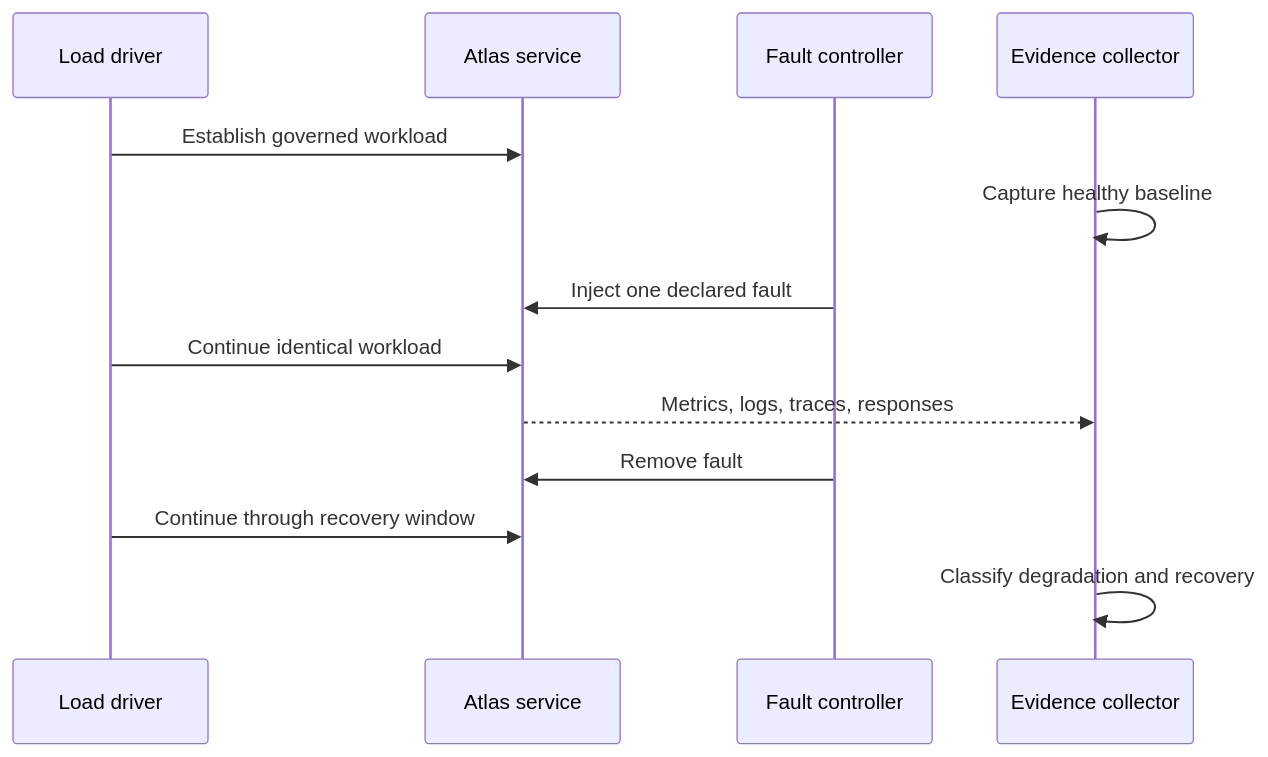
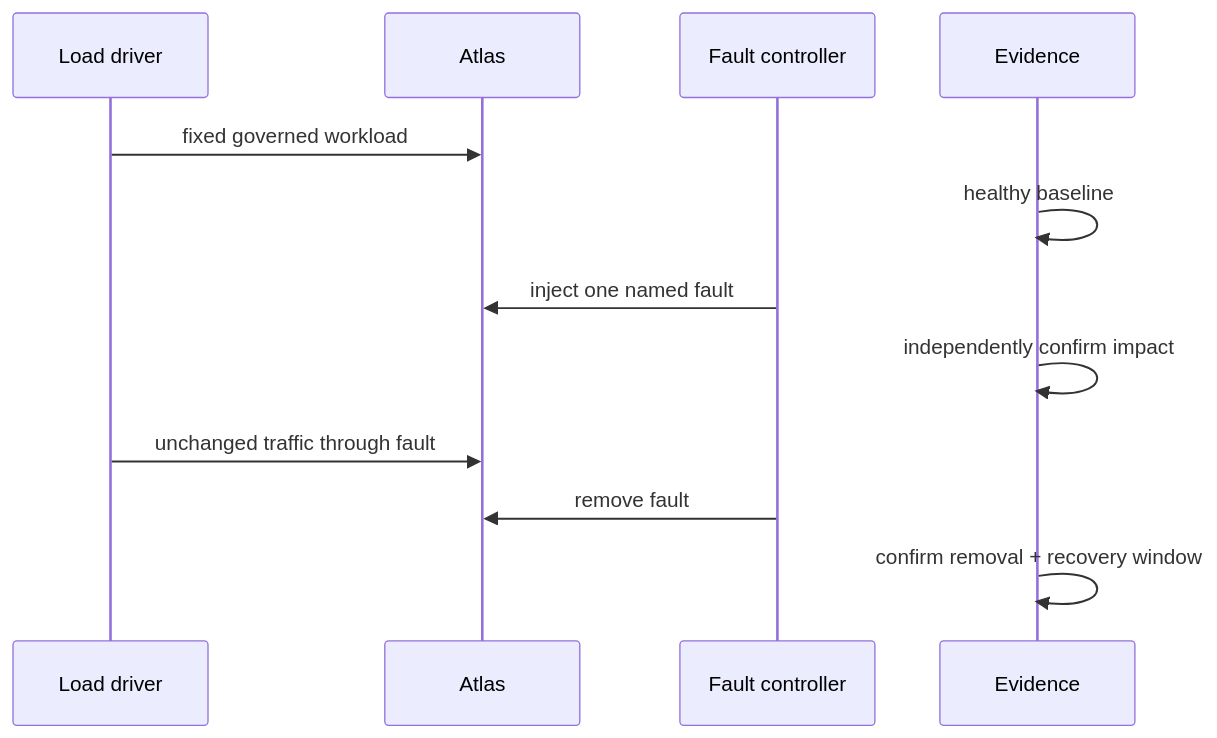
The first of 2 diagrams in docs/bijux-atlas-ops/load/failure-injection-load.md (bijux/bijux-atlas), drawn with Mermaid before and after one commit. The commit also changed other lines of this file and 1 other file, not shown here.

Commit message:
docs(resilience): define controlled fault and reversal evidence

````diff
--- a/docs/bijux-atlas-ops/load/failure-injection-load.md
+++ b/docs/bijux-atlas-ops/load/failure-injection-load.md
@@ -19,15 +19,14 @@
 ```mermaid
 sequenceDiagram
     participant Driver as Load driver
-    participant Atlas as Atlas service
-    participant Fault as Fault controller
-    participant Evidence as Evidence collector
-    Driver->>Atlas: Establish governed workload
-    Evidence->>Evidence: Capture healthy baseline
-    Fault->>Atlas: Inject one declared fault
-    Driver->>Atlas: Continue identical workload
-    Atlas-->>Evidence: Metrics, logs, traces, responses
-    Fault->>Atlas: Remove fault
-    Driver->>Atlas: Continue through recovery window
-    Evidence->>Evidence: Classify degradation and recovery
+    participant Atlas
+    participant Control as Fault controller
+    participant Evidence
+    Driver->>Atlas: fixed governed workload
+    Evidence->>Evidence: healthy baseline
+    Control->>Atlas: inject one named fault
+    Evidence->>Evidence: independently confirm impact
+    Driver->>Atlas: unchanged traffic through fault
+    Control->>Atlas: remove fault
+    Evidence->>Evidence: confirm removal + recovery window
 ```
````
